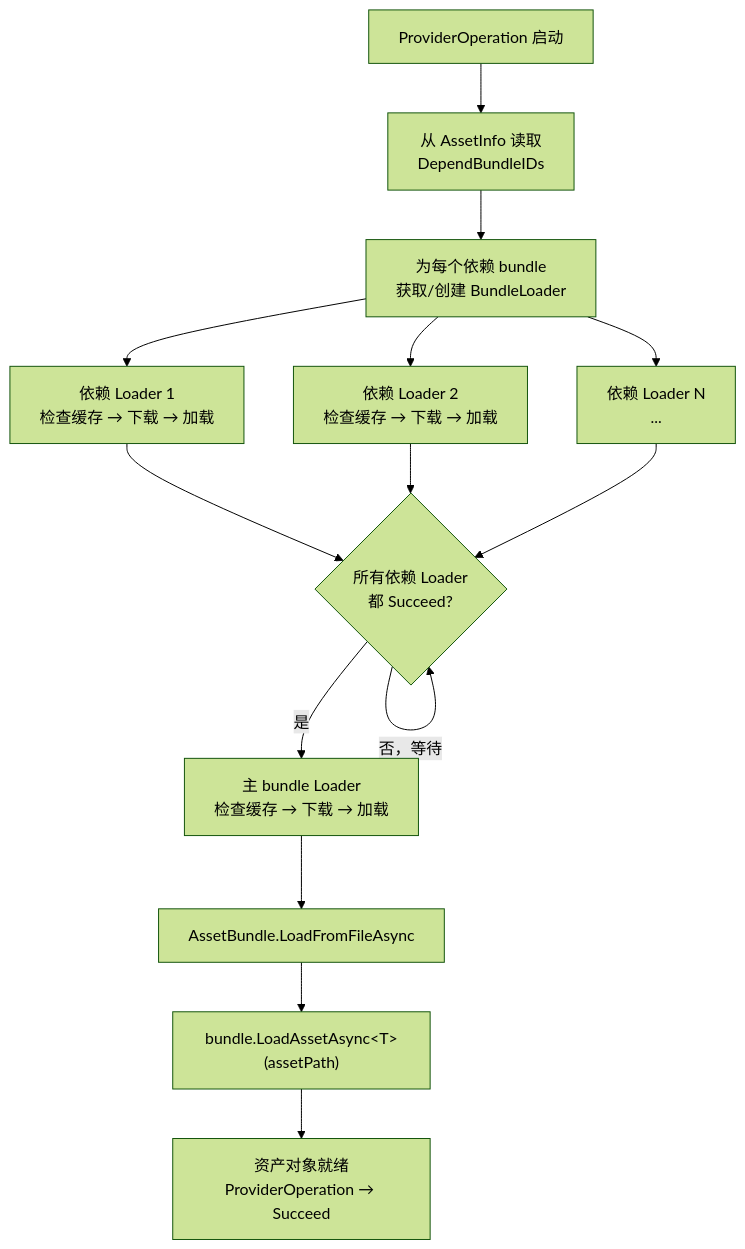
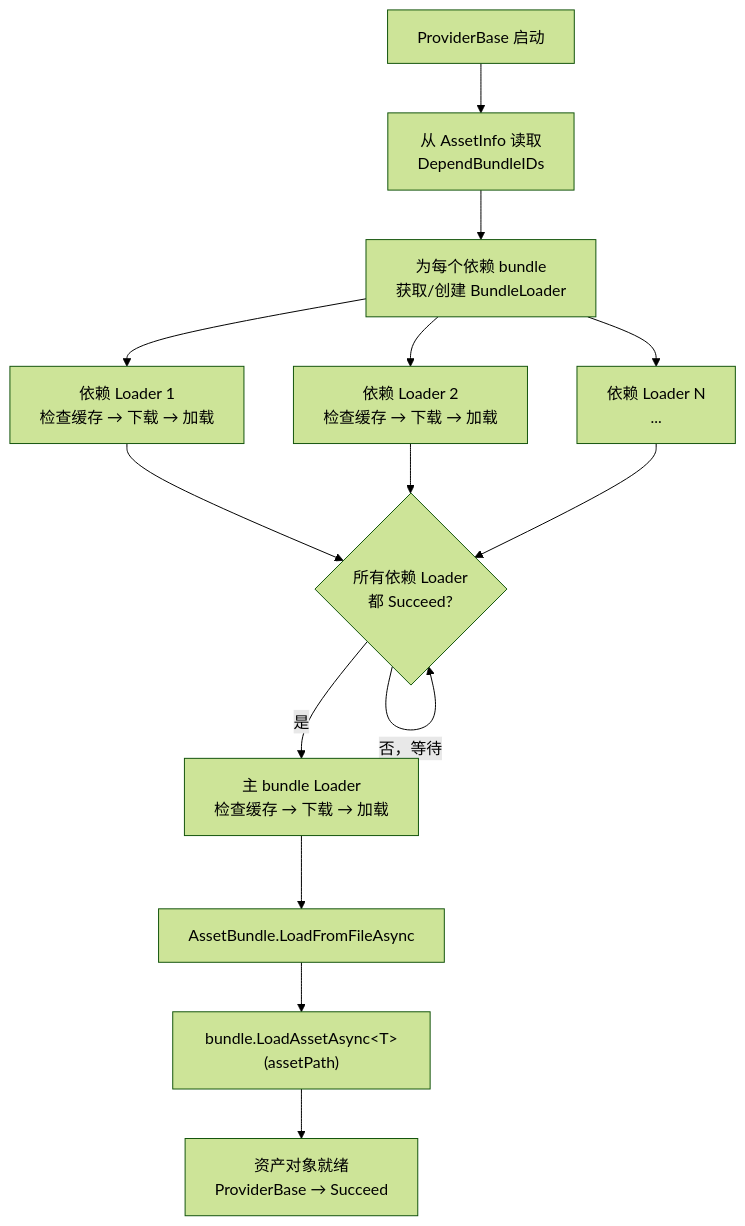
The second of 2 diagrams in content/engine-toolchain/unity-yooasset-runtime-internals-loadassetasync-to-bundle-loaded.md (TwoEggDu/twoegg-tech-stack), drawn with Mermaid (forest theme) before and after one commit. The commit also changed other lines of this file and 17 other files, not shown here.

````diff
--- a/content/engine-toolchain/unity-yooasset-runtime-internals-loadassetasync-to-bundle-loaded.md
+++ b/content/engine-toolchain/unity-yooasset-runtime-internals-loadassetasync-to-bundle-loaded.md
@@ -184,16 +187,16 @@
 ```mermaid
 flowchart TD
-    A["ProviderOperation 启动"] --> B["从 AssetInfo 读取<br/>DependBundleIDs"]
+    A["ProviderBase 启动"] --> B["从 AssetInfo 读取<br/>DependBundleIDs"]
     B --> C["为每个依赖 bundle<br/>获取/创建 BundleLoader"]
     C --> D["依赖 Loader 1<br/>检查缓存 → 下载 → 加载"]
     C --> E["依赖 Loader 2<br/>检查缓存 → 下载 → 加载"]
     C --> F["依赖 Loader N<br/>..."]
     D --> G{"所有依赖 Loader<br/>都 Succeed?"}
     E --> G
     F --> G
     G -->|"否，等待"| G
     G -->|"是"| H["主 bundle Loader<br/>检查缓存 → 下载 → 加载"]
     H --> I["AssetBundle.LoadFromFileAsync"]
     I --> J["bundle.LoadAssetAsync&lt;T&gt;(assetPath)"]
-    J --> K["资产对象就绪<br/>ProviderOperation → Succeed"]
+    J --> K["资产对象就绪<br/>ProviderBase → Succeed"]
 ```
````
